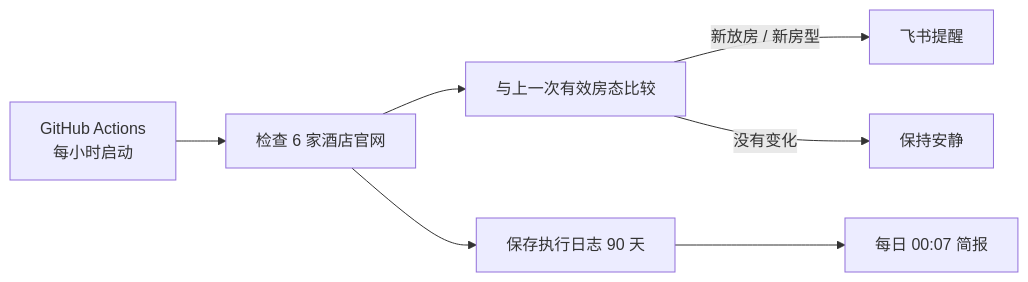
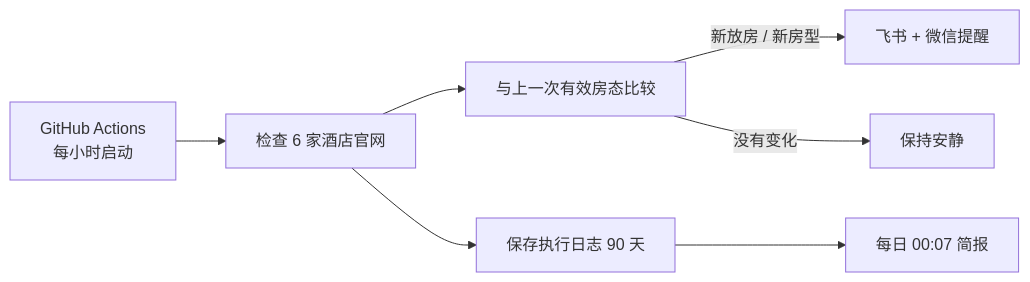
The diagram in README.md (biblioth/tekapo-hotel-monitor), drawn with Mermaid before and after one commit. The commit also changed other lines of this file, not shown here.

````diff
--- a/README.md
+++ b/README.md
@@ -72,9 +72,9 @@
 ```mermaid
 flowchart LR
     A[GitHub Actions<br/>每小时启动] --> B[检查 6 家酒店官网]
     B --> C[与上一次有效房态比较]
-    C -->|新放房 / 新房型| D[飞书提醒]
+    C -->|新放房 / 新房型| D[飞书 + 微信提醒]
     C -->|没有变化| E[保持安静]
     B --> F[保存执行日志 90 天]
     F --> G[每日 00:07 简报]
 ```
````
